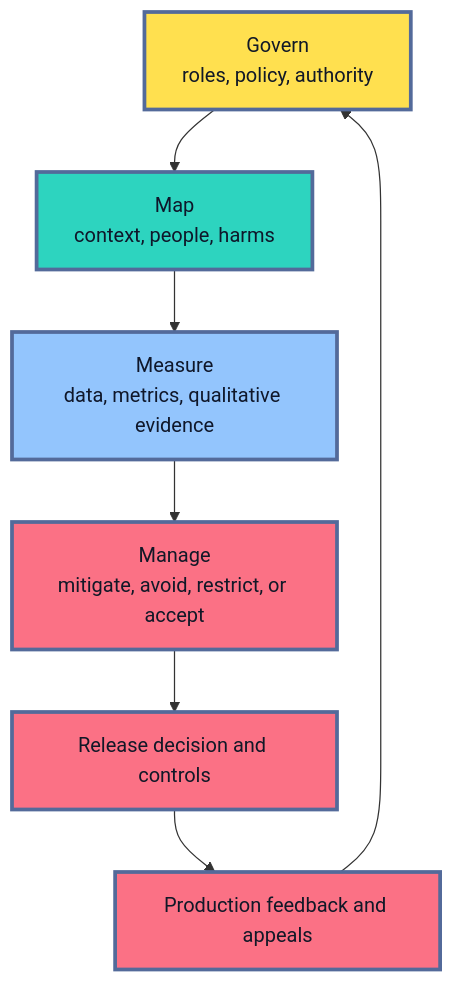
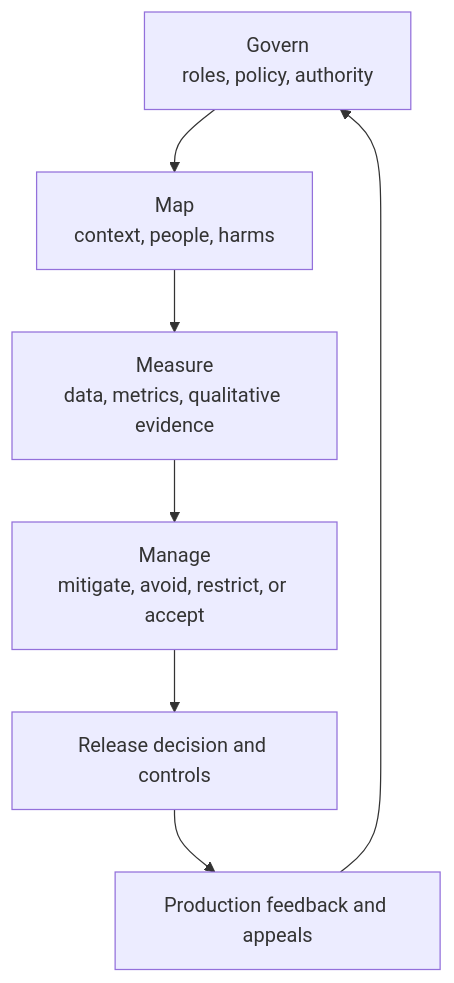
One commit to senlinyy/dev-roadmaps changed diagram 13 of 14 in roadmaps/mlops/modules/model-evaluation/production-readiness/02-bias-fairness-responsible-evaluation.md. Above: the diagram before and after it, drawn with Mermaid. The commit also changed other lines of this file and 152 other files, not shown here.

Commit message:
feat: mlops and diagrams updated

````diff
--- a/roadmaps/mlops/modules/model-evaluation/production-readiness/02-bias-fairness-responsible-evaluation.md
+++ b/roadmaps/mlops/modules/model-evaluation/production-readiness/02-bias-fairness-responsible-evaluation.md
@@ -939,18 +898,14 @@
 ```mermaid
 flowchart TD
     A["Govern<br/>roles, policy, authority"] --> B["Map<br/>context, people, harms"]
     B --> C["Measure<br/>data, metrics, qualitative evidence"]
     C --> D["Manage<br/>mitigate, avoid, restrict, or accept"]
     D --> E["Release decision and controls"]
     E --> F["Production feedback and appeals"]
     F --> A
 
-    classDef govern fill:#FFE04F,stroke:#536A9A,stroke-width:3px,color:#111827
-    classDef map fill:#2DD4BF,stroke:#536A9A,stroke-width:3px,color:#0F172A
-    classDef measure fill:#93C5FD,stroke:#536A9A,stroke-width:3px,color:#0F172A
-    classDef manage fill:#FB7185,stroke:#536A9A,stroke-width:3px,color:#111827
     class A govern
     class B map
     class C measure
     class D,E,F manage
 ```
````
